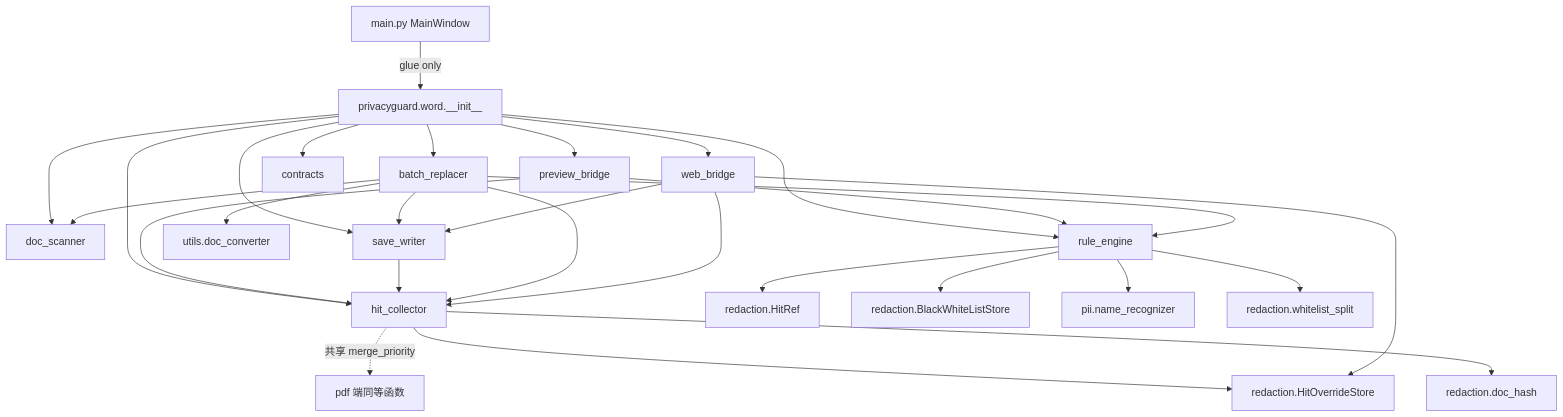
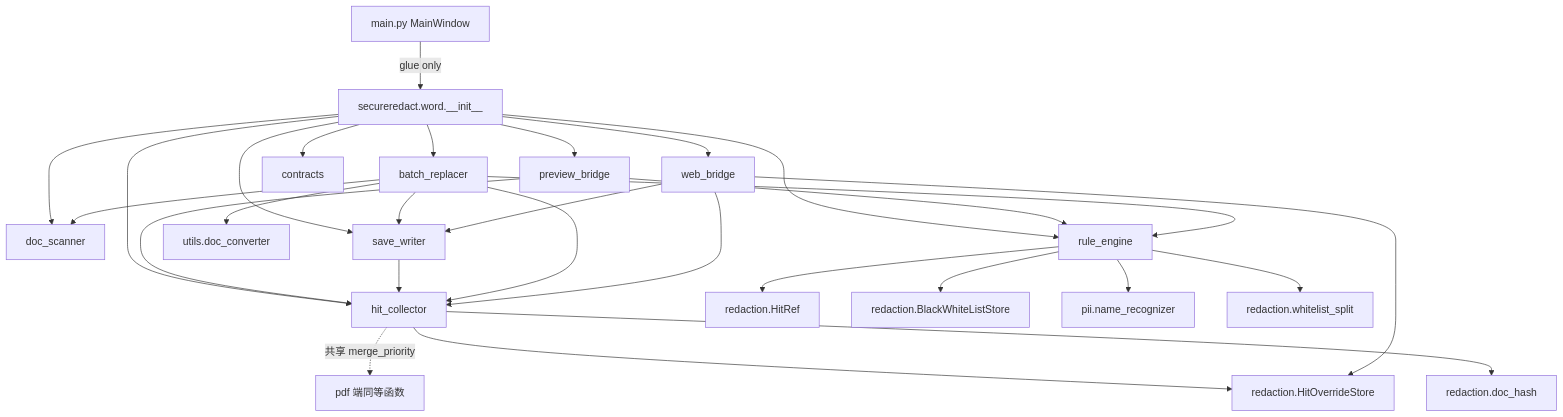
The diagram in .planning/research/ARCHITECTURE.md (rendermay/PrivacyGuard), drawn with Mermaid before and after one commit. The commit also changed other lines of this file and 190 other files, not shown here.

````diff
--- a/.planning/research/ARCHITECTURE.md
+++ b/.planning/research/ARCHITECTURE.md
@@ -138,37 +138,37 @@
 ```mermaid
 graph TD
-  MainWindow[main.py MainWindow] -->|glue only| SubInit[privacyguard.word.__init__]
+  MainWindow[main.py MainWindow] -->|glue only| SubInit[secureredact.word.__init__]
   SubInit --> DocScanner[doc_scanner]
   SubInit --> RuleEngine[rule_engine]
   SubInit --> HitCollector[hit_collector]
   SubInit --> PreviewBridge[preview_bridge]
   SubInit --> SaveWriter[save_writer]
   SubInit --> BatchReplacer[batch_replacer]
   SubInit --> WebBridge[web_bridge]
   SubInit --> Contracts[contracts]
 
   RuleEngine --> HitRef[redaction.HitRef]
   RuleEngine --> BWStore[redaction.BlackWhiteListStore]
   RuleEngine --> NameRec[pii.name_recognizer]
   RuleEngine --> WLSplit[redaction.whitelist_split]
 
   HitCollector --> HitOverride[redaction.HitOverrideStore]
   HitCollector --> DocHash[redaction.doc_hash]
 
   PreviewBridge --> RuleEngine
   PreviewBridge --> HitCollector
 
   SaveWriter --> HitCollector
 
   BatchReplacer --> DocScanner
   BatchReplacer --> RuleEngine
   BatchReplacer --> HitCollector
   BatchReplacer --> SaveWriter
   BatchReplacer --> DocConv[utils.doc_converter]
 
   WebBridge --> HitOverride
   WebBridge --> HitCollector
   WebBridge --> SaveWriter
 
   HitCollector -.共享 merge_priority.-> PDFSide[pdf 端同等函数]
 ```
````
